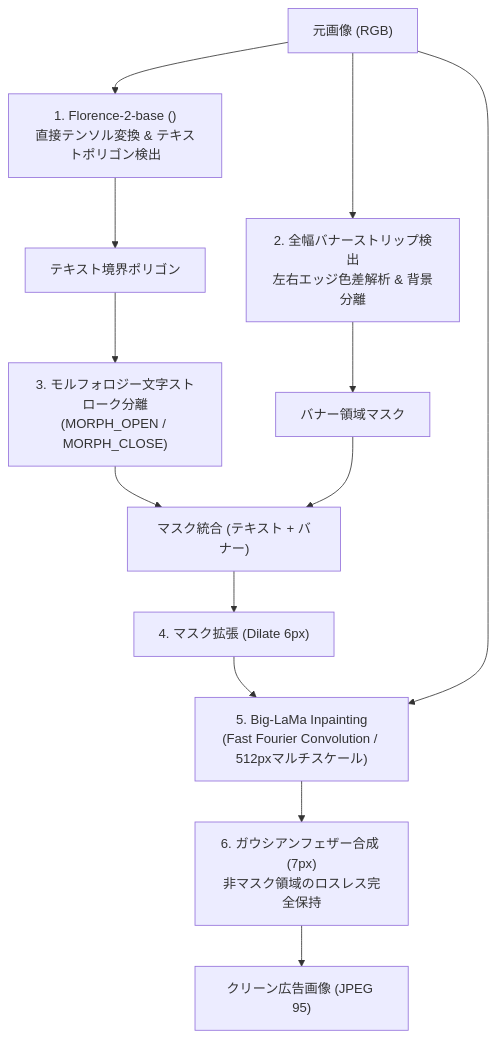
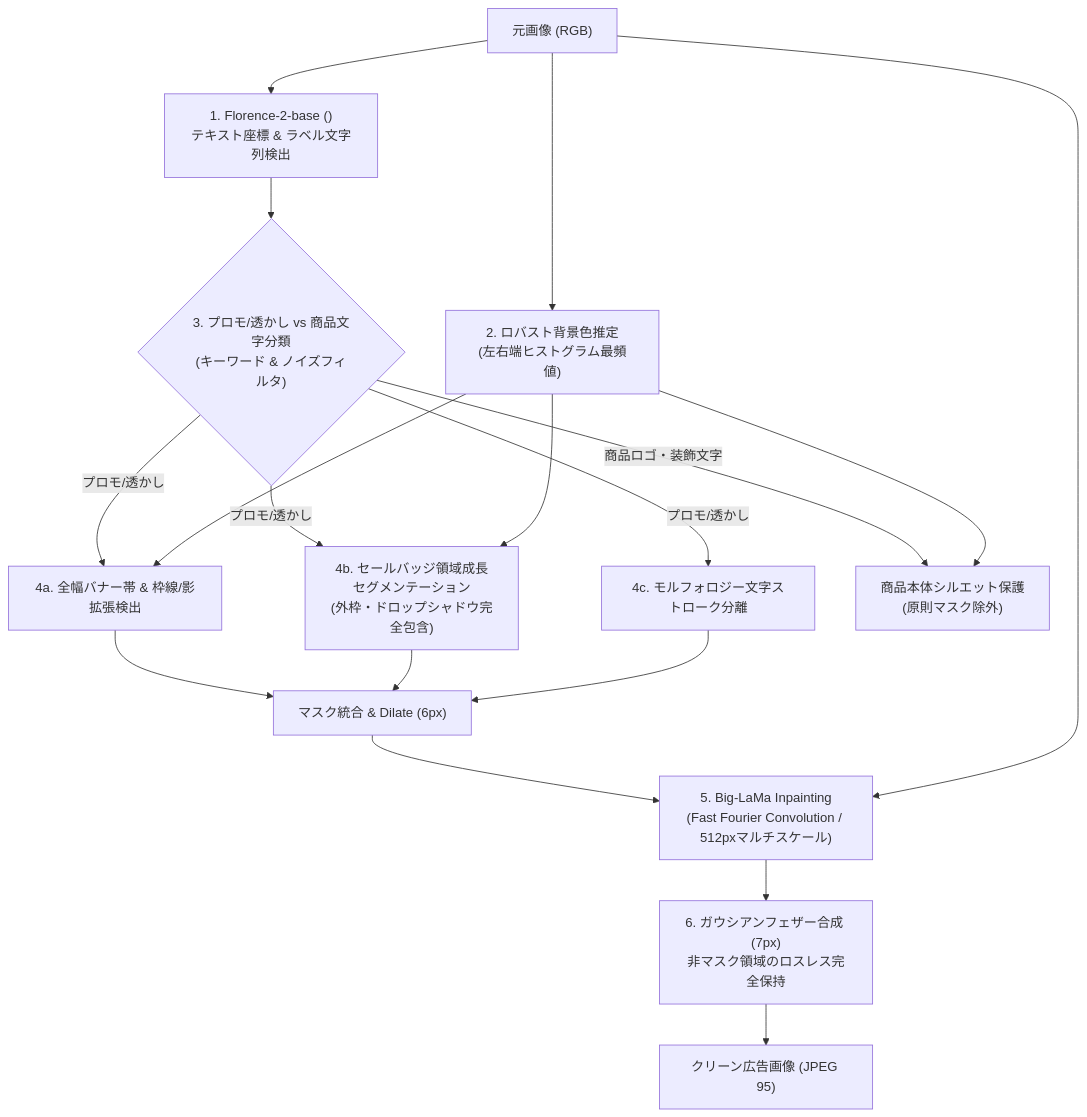
One commit to studionexusops/safemedia-shield changed the fifth of 7 diagrams in docs/SYSTEM_DESIGN.md. Above: the diagram before and after it, drawn with Mermaid. The commit also changed other lines of this file and 3 other files, not shown here.

Commit message:
feat(ai): improve sale banner/badge removal and protect product text

````diff
--- a/docs/SYSTEM_DESIGN.md
+++ b/docs/SYSTEM_DESIGN.md
@@ -1033,15 +1033,20 @@
 ```mermaid
 flowchart TD
-    IMG["元画像 (RGB)"] --> OCR["1. Florence-2-base (<OCR_WITH_REGION>)<br>直接テンソル変換 & テキストポリゴン検出"]
-    IMG --> BANNER["2. 全幅バナーストリップ検出<br>左右エッジ色差解析 & 背景分離"]
-    OCR --> MASK1["テキスト境界ポリゴン"]
-    BANNER --> MASK2["バナー領域マスク"]
-    MASK1 --> MORPH["3. モルフォロジー文字ストローク分離<br>(MORPH_OPEN / MORPH_CLOSE)"]
-    MORPH --> COMBINE["マスク統合 (テキスト + バナー)"]
-    MASK2 --> COMBINE
-    COMBINE --> DILATE["4. マスク拡張 (Dilate 6px)"]
-    DILATE --> LAMA["5. Big-LaMa Inpainting<br>(Fast Fourier Convolution / 512pxマルチスケール)"]
+    IMG["元画像 (RGB)"] --> OCR["1. Florence-2-base (<OCR_WITH_REGION>)<br>テキスト座標 & ラベル文字列検出"]
+    IMG --> BG["2. ロバスト背景色推定<br>(左右端ヒストグラム最頻値)"]
+    OCR --> CLASSIFY{"3. プロモ/透かし vs 商品文字分類<br>(キーワード & ノイズフィルタ)"}
+    CLASSIFY -->|プロモ/透かし| BANNER["4a. 全幅バナー帯 & 枠線/影拡張検出"]
+    CLASSIFY -->|プロモ/透かし| BADGE["4b. セールバッジ領域成長セグメンテーション<br>(外枠・ドロップシャドウ完全包含)"]
+    CLASSIFY -->|プロモ/透かし| STROKE["4c. モルフォロジー文字ストローク分離"]
+    CLASSIFY -->|商品ロゴ・装飾文字| PROTECT["商品本体シルエット保護<br>(原則マスク除外)"]
+    BG --> BANNER
+    BG --> BADGE
+    BG --> PROTECT
+    BANNER --> COMBINE["マスク統合 & Dilate (6px)"]
+    BADGE --> COMBINE
+    STROKE --> COMBINE
+    COMBINE --> LAMA["5. Big-LaMa Inpainting<br>(Fast Fourier Convolution / 512pxマルチスケール)"]
     IMG --> LAMA
     LAMA --> BLEND["6. ガウシアンフェザー合成 (7px)<br>非マスク領域のロスレス完全保持"]
     BLEND --> OUT["クリーン広告画像 (JPEG 95)"]
 ```
````
